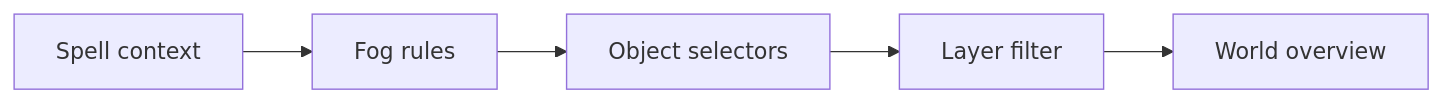
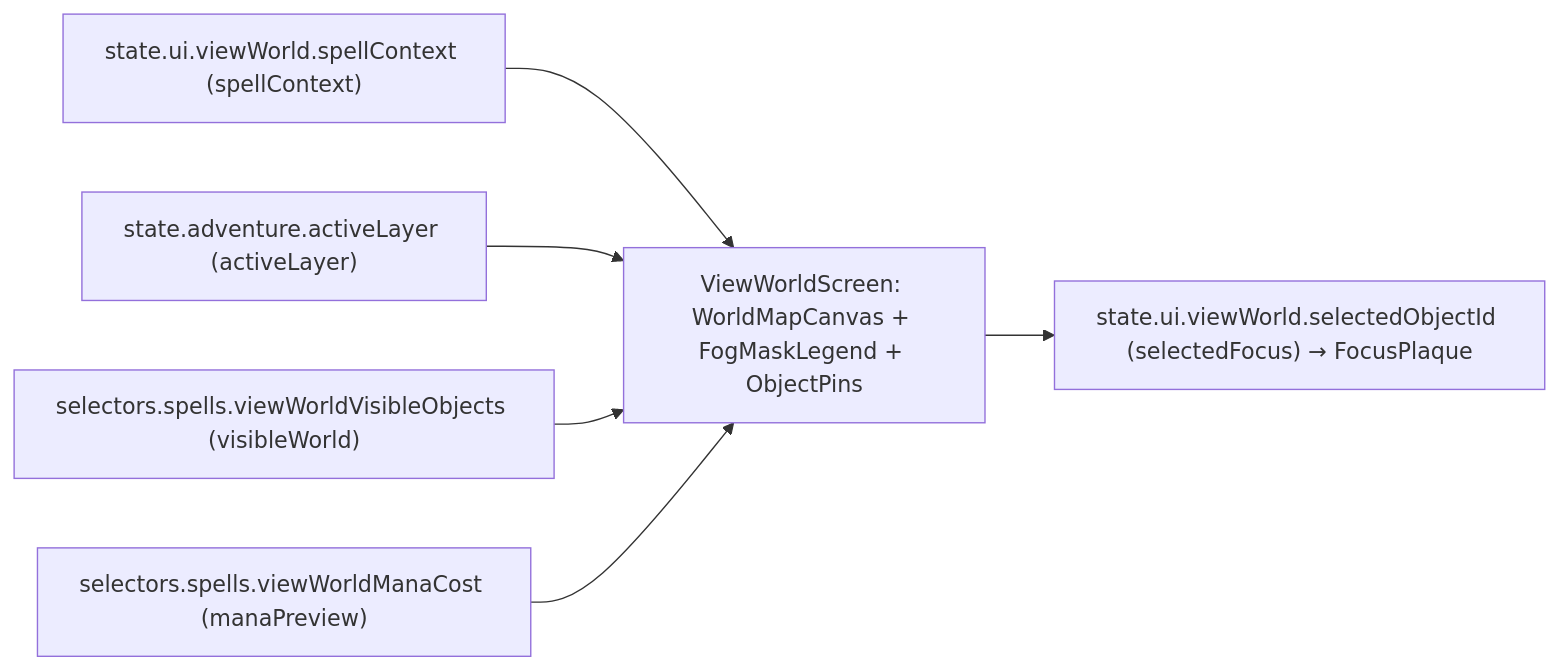
The second of 5 diagrams in docs/architecture/wiki/screens/16-view-world/architecture.md (SunaNoOshiro/Heroes_Reforged_AI_Realms), drawn with Mermaid before and after one commit. The commit also changed other lines of this file and 518 other files, not shown here.

First line of the commit message:
Add doc-audit skill and sweep architecture/screen docs

````diff
--- a/docs/architecture/wiki/screens/16-view-world/architecture.md
+++ b/docs/architecture/wiki/screens/16-view-world/architecture.md
@@ -32,8 +45,9 @@
 ```mermaid
 flowchart LR
-  L0["Spell context"] --> L1
-  L1["Fog rules"] --> L2
-  L2["Object selectors"] --> L3
-  L3["Layer filter"] --> L4
-  L4["World overview"]
+  L0["state.ui.viewWorld.spellContext (spellContext)"] --> L4
+  L1["state.adventure.activeLayer (activeLayer)"] --> L4
+  L2["selectors.spells.viewWorldVisibleObjects (visibleWorld)"] --> L4
+  L3["selectors.spells.viewWorldManaCost (manaPreview)"] --> L4
+  L4["ViewWorldScreen: WorldMapCanvas + FogMaskLegend + ObjectPins"] --> L5
+  L5["state.ui.viewWorld.selectedObjectId (selectedFocus) → FocusPlaque"]
 ```
````
